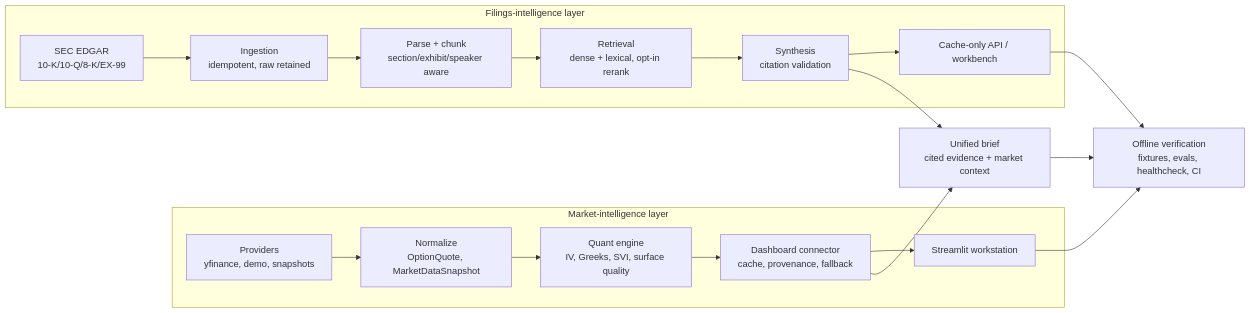
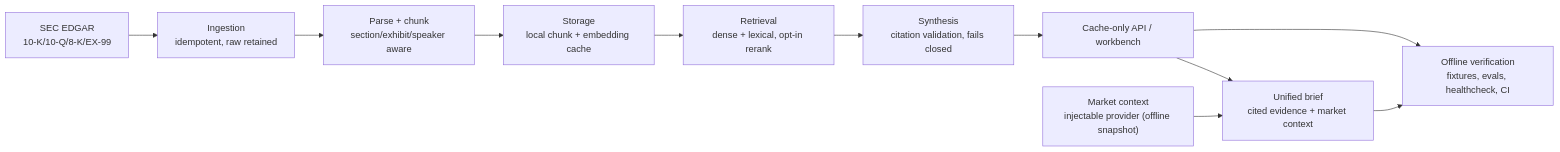
Before and after one commit to evanlewis04/Real-Time-Options-Volatility-Surface: the diagram in docs/architecture.md, drawn with Mermaid. The commit also changed other lines of this file and 140 other files, not shown here.

First line of the commit message:
Phase 0: excise volatility/dashboard stack -> single-thesis filings intelligence (#5)

````diff
--- a/docs/architecture.md
+++ b/docs/architecture.md
@@ -10,27 +11,17 @@
 ```mermaid
 flowchart LR
-    subgraph Market["Market-intelligence layer"]
-        Providers["Providers<br/>yfinance, demo, snapshots"]
-        Normalize["Normalize<br/>OptionQuote, MarketDataSnapshot"]
-        Quant["Quant engine<br/>IV, Greeks, SVI, surface quality"]
-        Connector["Dashboard connector<br/>cache, provenance, fallback"]
-        VolUI["Streamlit workstation"]
-        Providers --> Normalize --> Quant --> Connector --> VolUI
-    end
+    SEC["SEC EDGAR<br/>10-K/10-Q/8-K/EX-99"]
+    Ingest["Ingestion<br/>idempotent, raw retained"]
+    Parse["Parse + chunk<br/>section/exhibit/speaker aware"]
+    Store["Storage<br/>local chunk + embedding cache"]
+    Retrieve["Retrieval<br/>dense + lexical, opt-in rerank"]
+    Synth["Synthesis<br/>citation validation, fails closed"]
+    API["Cache-only API / workbench"]
+    SEC --> Ingest --> Parse --> Store --> Retrieve --> Synth --> API
 
-    subgraph Filings["Filings-intelligence layer"]
-        SEC["SEC EDGAR<br/>10-K/10-Q/8-K/EX-99"]
-        Ingest["Ingestion<br/>idempotent, raw retained"]
-        Parse["Parse + chunk<br/>section/exhibit/speaker aware"]
-        Retrieve["Retrieval<br/>dense + lexical, opt-in rerank"]
-        Synth["Synthesis<br/>citation validation"]
-        API["Cache-only API / workbench"]
-        SEC --> Ingest --> Parse --> Retrieve --> Synth --> API
-    end
-
-    Connector --> Brief["Unified brief<br/>cited evidence + market context"]
-    Synth --> Brief
-    Brief --> Tests["Offline verification<br/>fixtures, evals, healthcheck, CI"]
-    VolUI --> Tests
-    API --> Tests
+    Market["Market context<br/>injectable provider (offline snapshot)"]
+    API --> Brief["Unified brief<br/>cited evidence + market context"]
+    Market --> Brief
+    Brief --> Verify["Offline verification<br/>fixtures, evals, healthcheck, CI"]
+    API --> Verify
 ```
````
